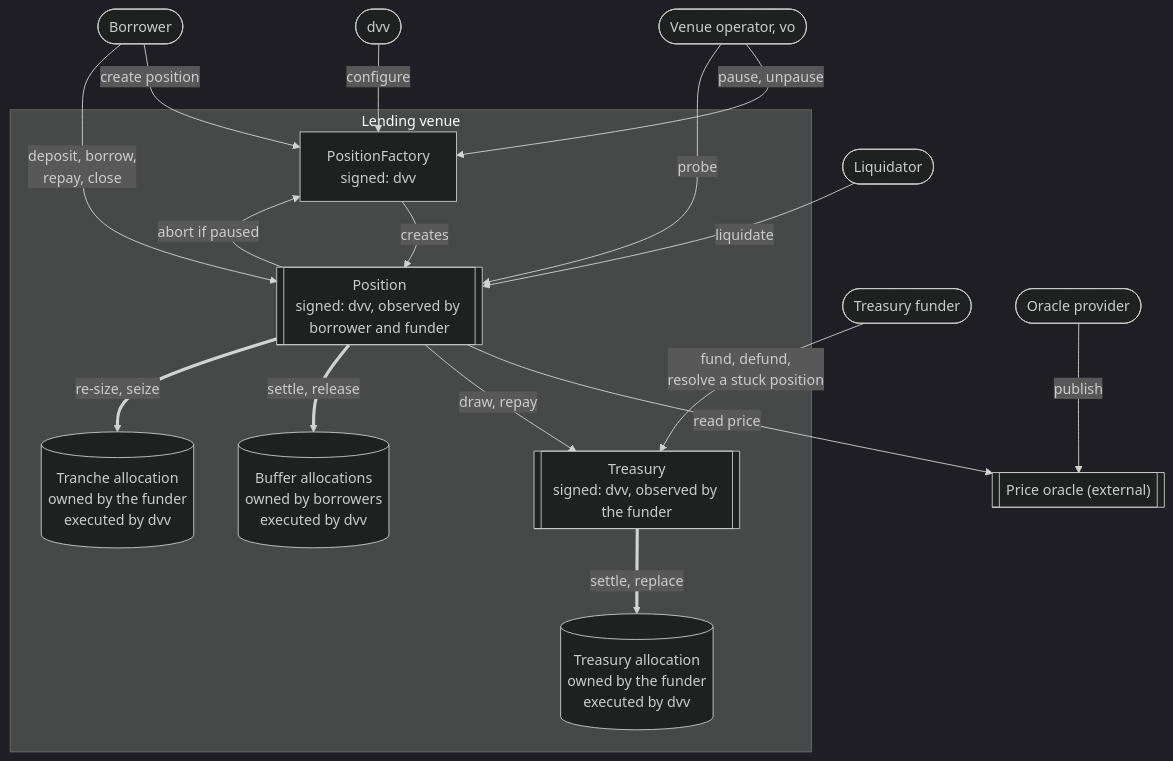
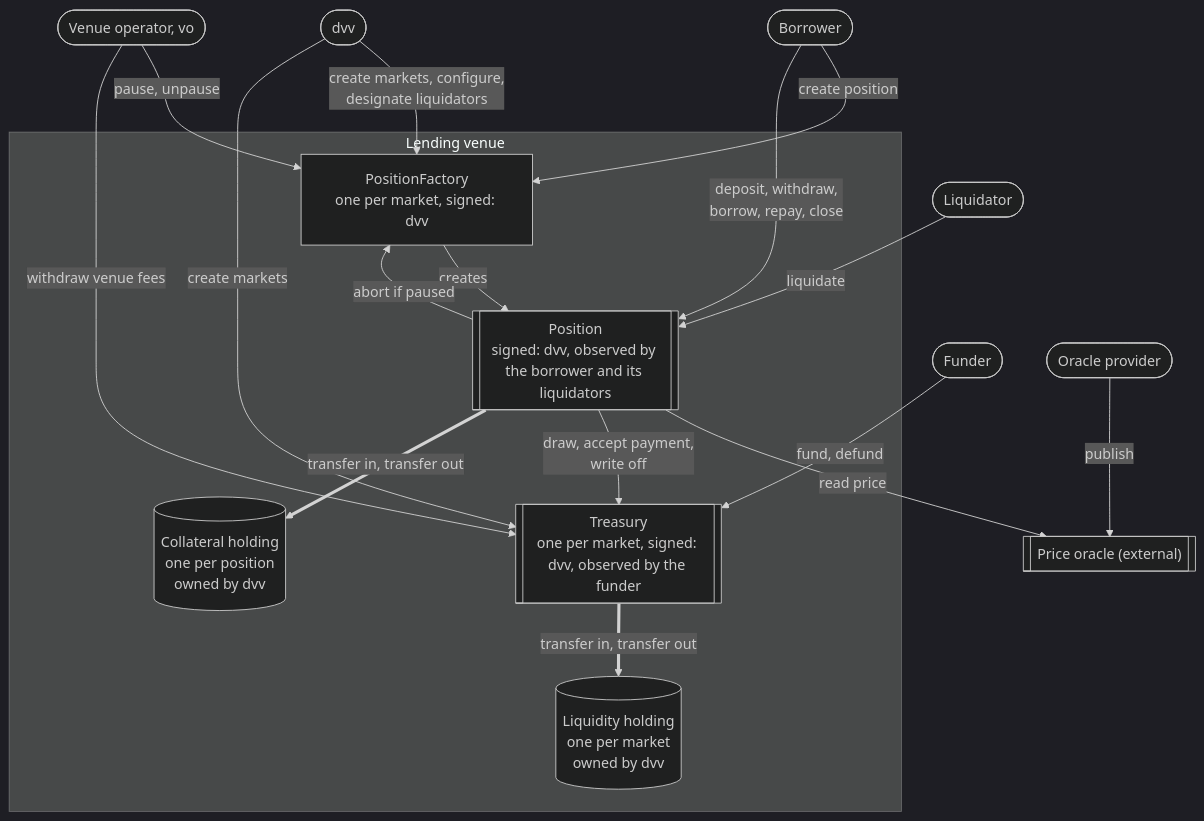
Before and after one commit to OpenZeppelin/canton-specs: the first of 7 diagrams in docs/reference-architectures/lending.md, drawn with Mermaid (dark theme). The commit also changed other lines of this file, not shown here.

Commit message:
Change the design to single holdings, transfers instead of allocations, multi-funder.

````diff
--- a/docs/reference-architectures/lending.md
+++ b/docs/reference-architectures/lending.md
@@ -90,36 +94,35 @@
 ```mermaid
 flowchart TB
     Consortium([dvv])
     Operator([Venue operator, vo])
-    Funder([Treasury funder])
+    Funder([Funder])
     Borrower([Borrower])
     Liquidator([Liquidator])
     Provider([Oracle provider])
 
     subgraph Target["Lending venue"]
-        Factory["PositionFactory<br/>signed: dvv"]
-        Position[["Position<br/>signed: dvv, observed by borrower and funder"]]
-        Treasury[["Treasury<br/>signed: dvv, observed by the funder"]]
-        Collateral[("Buffer allocations<br/>owned by borrowers<br/>executed by dvv")]
-        Liquidity[("Treasury allocation<br/>owned by the funder<br/>executed by dvv")]
-        Tranche[("Tranche allocation<br/>owned by the funder<br/>executed by dvv")]
+        Factory["PositionFactory<br/>one per market, signed: dvv"]
+        Position[["Position<br/>signed: dvv, observed by the borrower and its liquidators"]]
+        Treasury[["Treasury<br/>one per market, signed: dvv, observed by the funder"]]
+        Collateral[("Collateral holding<br/>one per position<br/>owned by dvv")]
+        Liquidity[("Liquidity holding<br/>one per market<br/>owned by dvv")]
     end
 
     Oracle[["Price oracle (external)"]]
 
-    Consortium -->|"configure"| Factory
+    Consortium -->|"create markets, configure,<br/>designate liquidators"| Factory
+    Consortium -->|"create markets"| Treasury
     Operator -->|"pause, unpause"| Factory
-    Operator -->|"probe"| Position
-    Funder -->|"fund, defund,<br/>resolve a stuck position"| Treasury
+    Operator -->|"withdraw venue fees"| Treasury
+    Funder -->|"fund, defund"| Treasury
     Borrower -->|"create position"| Factory
     Factory -->|"creates"| Position
-    Borrower -->|"deposit, borrow,<br/>repay, close"| Position
+    Borrower -->|"deposit, withdraw,<br/>borrow, repay, close"| Position
     Liquidator -->|"liquidate"| Position
     Provider -->|"publish"| Oracle
     Position -->|"abort if paused"| Factory
     Position -->|"read price"| Oracle
-    Position -->|"draw, repay"| Treasury
-    Position ==>|"settle, release"| Collateral
-    Position ==>|"re-size, seize"| Tranche
-    Treasury ==>|"settle, replace"| Liquidity
+    Position -->|"draw, accept payment,<br/>write off"| Treasury
+    Position ==>|"transfer in, transfer out"| Collateral
+    Treasury ==>|"transfer in, transfer out"| Liquidity
 ```
````
